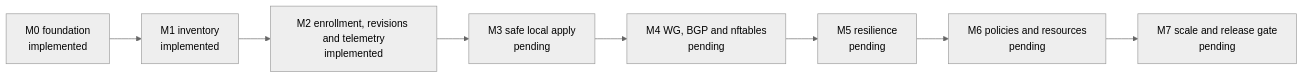
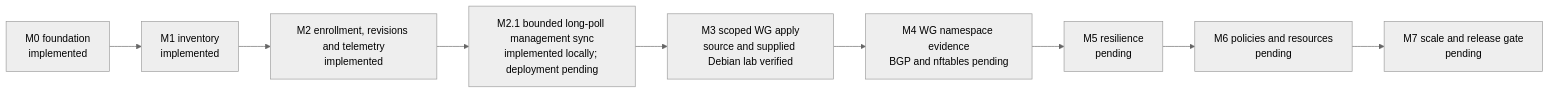
One commit to alterbytedev/packetmotion-sdwan changed the diagram in docs/STATUS.md. Above: the diagram before and after it, drawn with Mermaid (neutral theme). The commit also changed other lines of this file and 129 other files, not shown here.

````diff
--- a/docs/STATUS.md
+++ b/docs/STATUS.md
@@ -4,10 +4,11 @@
 ```mermaid
 flowchart LR
   M0[M0 foundation<br/>implemented] --> M1[M1 inventory<br/>implemented]
   M1 --> M2[M2 enrollment, revisions and telemetry<br/>implemented]
-  M2 --> M3[M3 safe local apply<br/>pending]
-  M3 --> M4[M4 WG, BGP and nftables<br/>pending]
+  M2 --> M21[M2.1 bounded long-poll management sync<br/>implemented locally; deployment pending]
+  M21 --> M3[M3 scoped WG apply<br/>source and supplied Debian lab verified]
+  M3 --> M4[M4 WG namespace evidence<br/>BGP and nftables pending]
   M4 --> M5[M5 resilience<br/>pending]
   M5 --> M6[M6 policies and resources<br/>pending]
   M6 --> M7[M7 scale and release gate<br/>pending]
 ```
````
